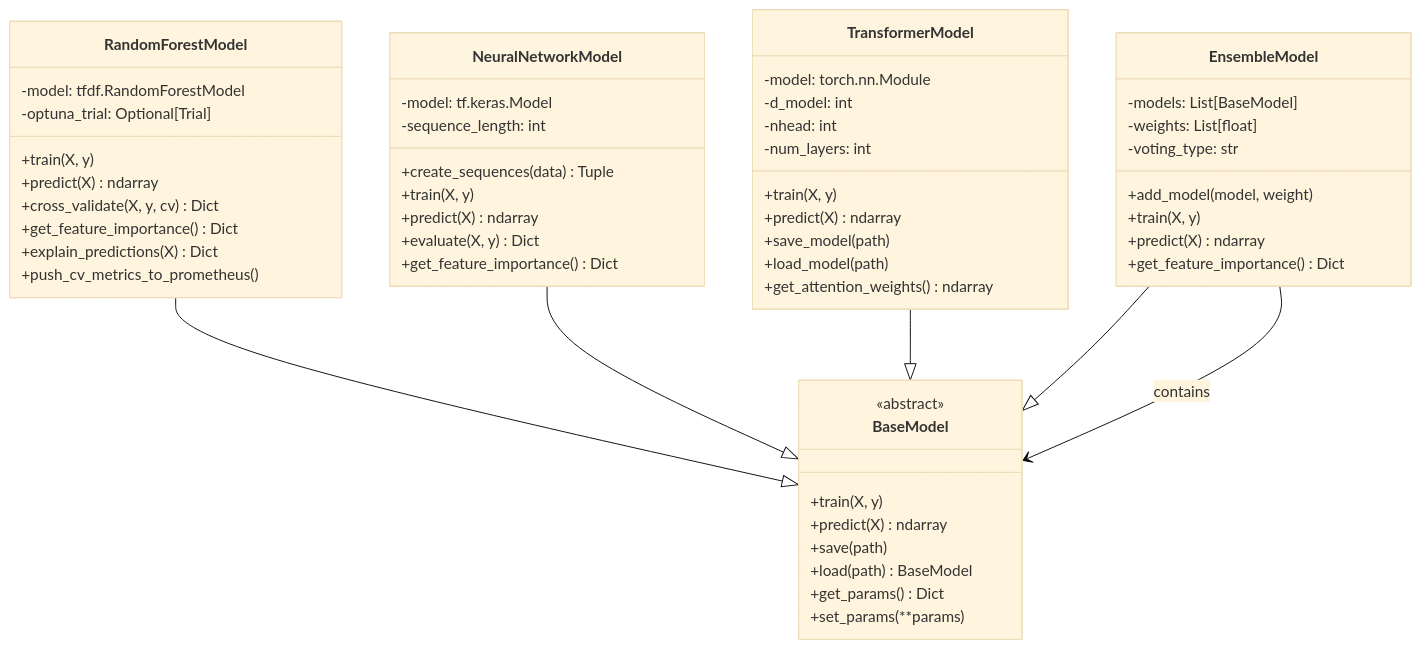
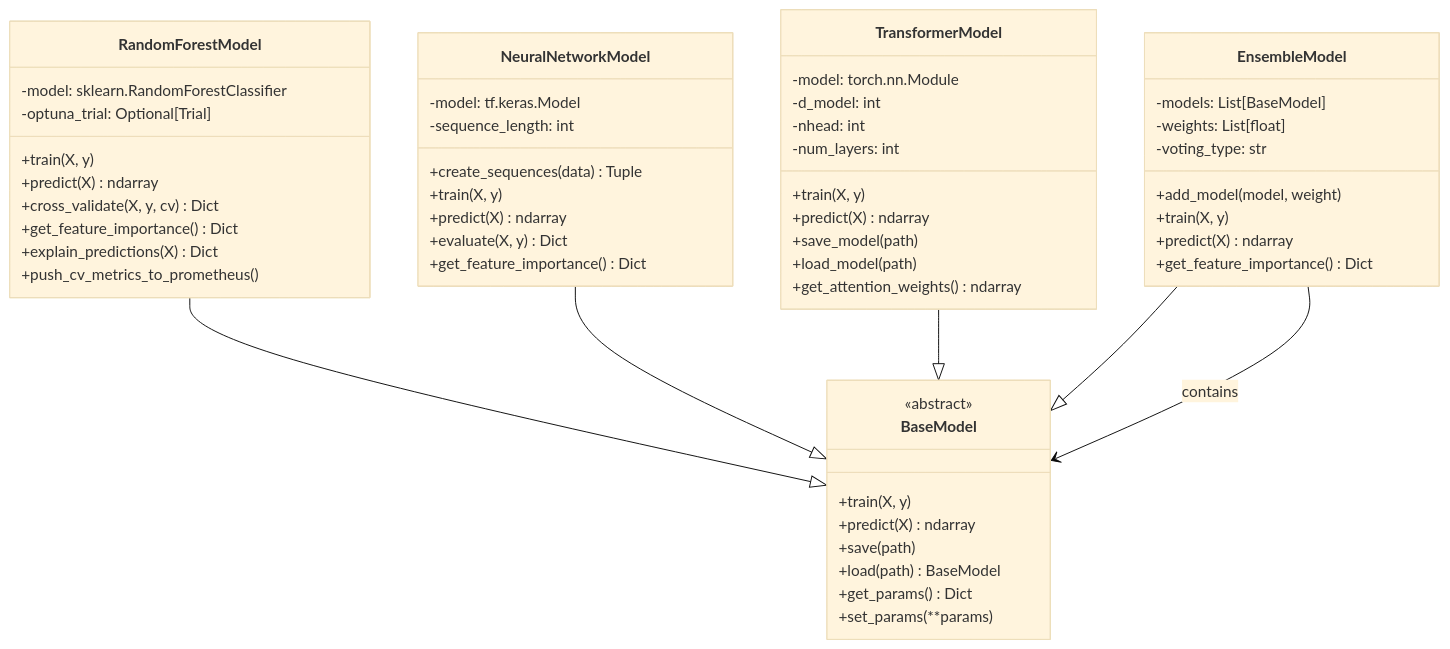
One commit to cluster2600/ELVIS changed the second of 7 diagrams in README.md. Above: the diagram before and after it, drawn with Mermaid (base theme). The commit also changed other lines of this file and 60 other files, not shown here.

````diff
--- a/README.md
+++ b/README.md
@@ -312,62 +314,62 @@
 ```mermaid
 classDiagram
     class BaseModel {
         <<abstract>>
         +train(X, y)
         +predict(X) ndarray
         +save(path)
         +load(path) BaseModel
         +get_params() Dict
         +set_params(**params)
     }
     
     class RandomForestModel {
-        -model: tfdf.RandomForestModel
+        -model: sklearn.RandomForestClassifier
         -optuna_trial: Optional[Trial]
         +train(X, y)
         +predict(X) ndarray
         +cross_validate(X, y, cv) Dict
         +get_feature_importance() Dict
         +explain_predictions(X) Dict
         +push_cv_metrics_to_prometheus()
     }
     
     class NeuralNetworkModel {
         -model: tf.keras.Model
         -sequence_length: int
         +create_sequences(data) Tuple
         +train(X, y)
         +predict(X) ndarray
         +evaluate(X, y) Dict
         +get_feature_importance() Dict
     }
     
     class TransformerModel {
         -model: torch.nn.Module
         -d_model: int
         -nhead: int
         -num_layers: int
         +train(X, y)
         +predict(X) ndarray
         +save_model(path)
         +load_model(path)
         +get_attention_weights() ndarray
     }
     
     class EnsembleModel {
         -models: List[BaseModel]
         -weights: List[float]
         -voting_type: str
         +add_model(model, weight)
         +train(X, y)
         +predict(X) ndarray
         +get_feature_importance() Dict
     }
     
     RandomForestModel --|> BaseModel
     NeuralNetworkModel --|> BaseModel
     TransformerModel --|> BaseModel
     EnsembleModel --|> BaseModel
     
     EnsembleModel --> BaseModel : contains
 ```
````
